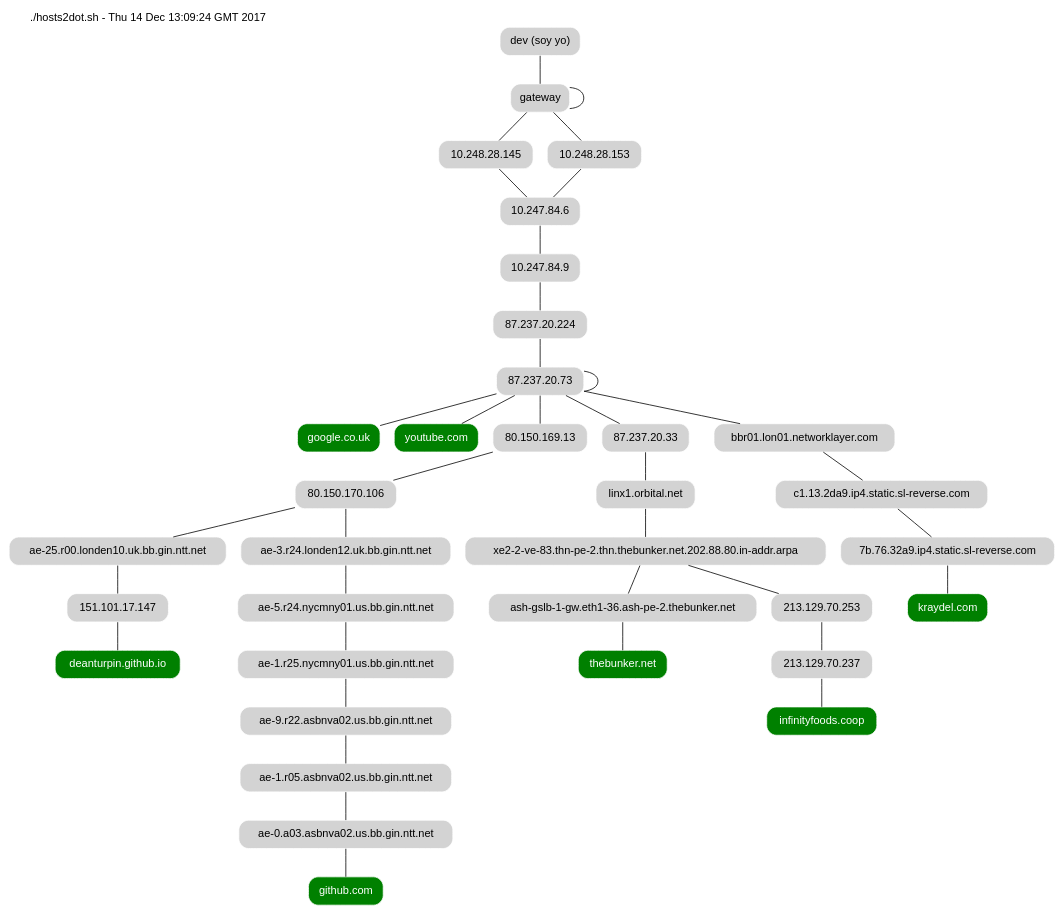
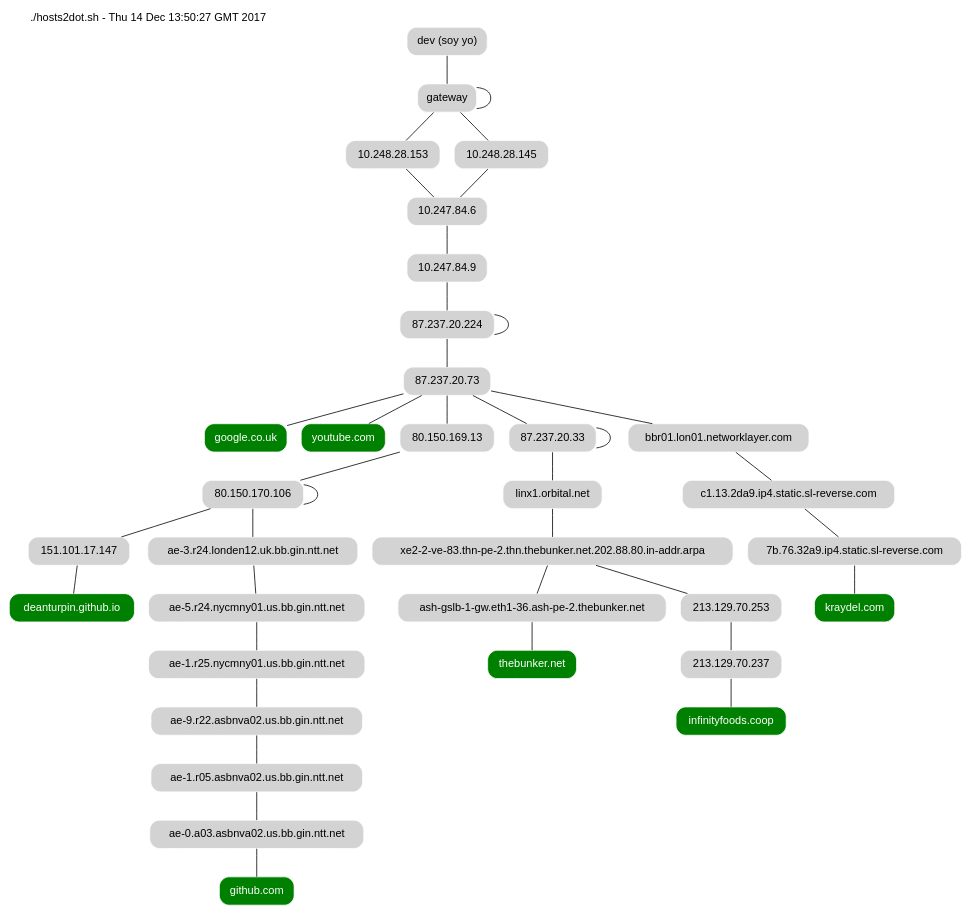
Before and after one commit to deanturpin/hosts2dot: the diagram in topology.dot, drawn with Graphviz. The commit also changed 1 other file, not shown here.

```diff
--- a/topology.dot
+++ b/topology.dot
@@ -1,20 +1,20 @@
 strict graph {
 fontname=helvetica
 node [shape=rect style="filled,rounded" color=white fillcolor=lightgrey fontname=helvetica]
 soy_yo [label="dev (soy yo)"]
-graph [label="./hosts2dot.sh - Thu 14 Dec 13:09:24 GMT 2017" labelloc=top labeljust=left]
+graph [label="./hosts2dot.sh - Thu 14 Dec 13:50:27 GMT 2017" labelloc=top labeljust=left]
 "google.co.uk" [fillcolor=green fontcolor=white]
-soy_yo--"gateway"--"gateway"--"10.248.28.145"--"10.247.84.6"--"10.247.84.9"--"87.237.20.224"--"87.237.20.73"--"google.co.uk"
+soy_yo--"gateway"--"gateway"--"10.248.28.153"--"10.247.84.6"--"10.247.84.9"--"87.237.20.224"--"87.237.20.224"--"87.237.20.73"--"google.co.uk"
 "youtube.com" [fillcolor=green fontcolor=white]
-soy_yo--"gateway"--"gateway"--"10.248.28.153"--"10.247.84.6"--"10.247.84.9"--"87.237.20.224"--"87.237.20.73"--"youtube.com"
+soy_yo--"gateway"--"gateway"--"10.248.28.145"--"10.247.84.6"--"10.247.84.9"--"87.237.20.224"--"87.237.20.73"--"youtube.com"
 "deanturpin.github.io" [fillcolor=green fontcolor=white]
-soy_yo--"gateway"--"gateway"--"10.248.28.153"--"10.247.84.6"--"10.247.84.9"--"87.237.20.224"--"87.237.20.73"--"80.150.169.13"--"80.150.170.106"--"ae-25.r00.londen10.uk.bb.gin.ntt.net"--"151.101.17.147"--"deanturpin.github.io"
+soy_yo--"gateway"--"gateway"--"10.248.28.153"--"10.247.84.6"--"10.247.84.9"--"87.237.20.224"--"87.237.20.73"--"80.150.169.13"--"80.150.170.106"--"80.150.170.106"--"151.101.17.147"--"deanturpin.github.io"
 "github.com" [fillcolor=green fontcolor=white]
-soy_yo--"gateway"--"gateway"--"10.248.28.145"--"10.247.84.6"--"10.247.84.9"--"87.237.20.224"--"87.237.20.73"--"80.150.169.13"--"80.150.170.106"--"ae-3.r24.londen12.uk.bb.gin.ntt.net"--"ae-5.r24.nycmny01.us.bb.gin.ntt.net"--"ae-1.r25.nycmny01.us.bb.gin.ntt.net"--"ae-9.r22.asbnva02.us.bb.gin.ntt.net"--"ae-1.r05.asbnva02.us.bb.gin.ntt.net"--"ae-0.a03.asbnva02.us.bb.gin.ntt.net"--"github.com"
+soy_yo--"gateway"--"gateway"--"10.248.28.153"--"10.247.84.6"--"10.247.84.9"--"87.237.20.224"--"87.237.20.73"--"80.150.169.13"--"80.150.170.106"--"80.150.170.106"--"ae-3.r24.londen12.uk.bb.gin.ntt.net"--"ae-5.r24.nycmny01.us.bb.gin.ntt.net"--"ae-1.r25.nycmny01.us.bb.gin.ntt.net"--"ae-9.r22.asbnva02.us.bb.gin.ntt.net"--"ae-1.r05.asbnva02.us.bb.gin.ntt.net"--"ae-0.a03.asbnva02.us.bb.gin.ntt.net"--"github.com"
 "thebunker.net" [fillcolor=green fontcolor=white]
-soy_yo--"gateway"--"gateway"--"10.248.28.145"--"10.247.84.6"--"10.247.84.9"--"87.237.20.224"--"87.237.20.73"--"87.237.20.33"--"linx1.orbital.net"--"xe2-2-ve-83.thn-pe-2.thn.thebunker.net.202.88.80.in-addr.arpa"--"ash-gslb-1-gw.eth1-36.ash-pe-2.thebunker.net"--"thebunker.net"
+soy_yo--"gateway"--"gateway"--"10.248.28.145"--"10.247.84.6"--"10.247.84.9"--"87.237.20.224"--"87.237.20.73"--"87.237.20.33"--"87.237.20.33"--"linx1.orbital.net"--"xe2-2-ve-83.thn-pe-2.thn.thebunker.net.202.88.80.in-addr.arpa"--"ash-gslb-1-gw.eth1-36.ash-pe-2.thebunker.net"--"thebunker.net"
 "infinityfoods.coop" [fillcolor=green fontcolor=white]
-soy_yo--"gateway"--"gateway"--"10.248.28.145"--"10.247.84.6"--"10.247.84.9"--"87.237.20.224"--"87.237.20.73"--"87.237.20.73"--"87.237.20.33"--"linx1.orbital.net"--"xe2-2-ve-83.thn-pe-2.thn.thebunker.net.202.88.80.in-addr.arpa"--"213.129.70.253"--"213.129.70.237"--"infinityfoods.coop"
+soy_yo--"gateway"--"gateway"--"10.248.28.145"--"10.247.84.6"--"10.247.84.9"--"87.237.20.224"--"87.237.20.73"--"87.237.20.33"--"linx1.orbital.net"--"xe2-2-ve-83.thn-pe-2.thn.thebunker.net.202.88.80.in-addr.arpa"--"213.129.70.253"--"213.129.70.237"--"infinityfoods.coop"
 "kraydel.com" [fillcolor=green fontcolor=white]
 soy_yo--"gateway"--"gateway"--"10.248.28.153"--"10.247.84.6"--"10.247.84.9"--"87.237.20.224"--"87.237.20.73"--"bbr01.lon01.networklayer.com"--"c1.13.2da9.ip4.static.sl-reverse.com"--"7b.76.32a9.ip4.static.sl-reverse.com"--"kraydel.com"
 }
```
